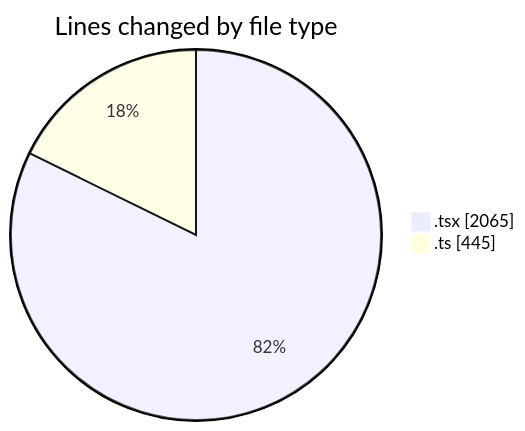
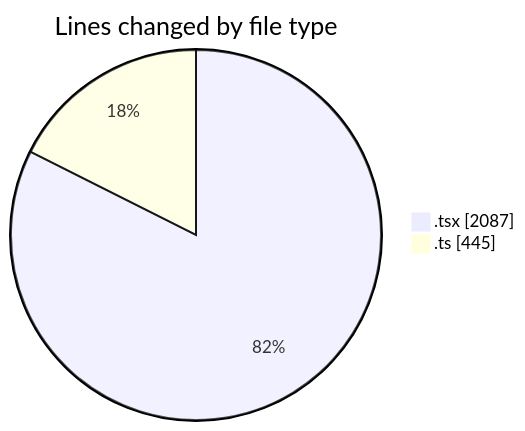
One commit to momahboobian/code-tracking changed the first of 2 diagrams in 2025-09-24/cda/README.md. Above: the diagram before and after it, drawn with Mermaid. The commit also changed other lines of this file and 1 other file, not shown here.

````diff
--- a/2025-09-24/cda/README.md
+++ b/2025-09-24/cda/README.md
@@ -29,6 +29,6 @@
 ```mermaid
 pie showData
 title Lines changed by file type
-".tsx" : 2065
+".tsx" : 2087
 ".ts" : 445
 ```
````
